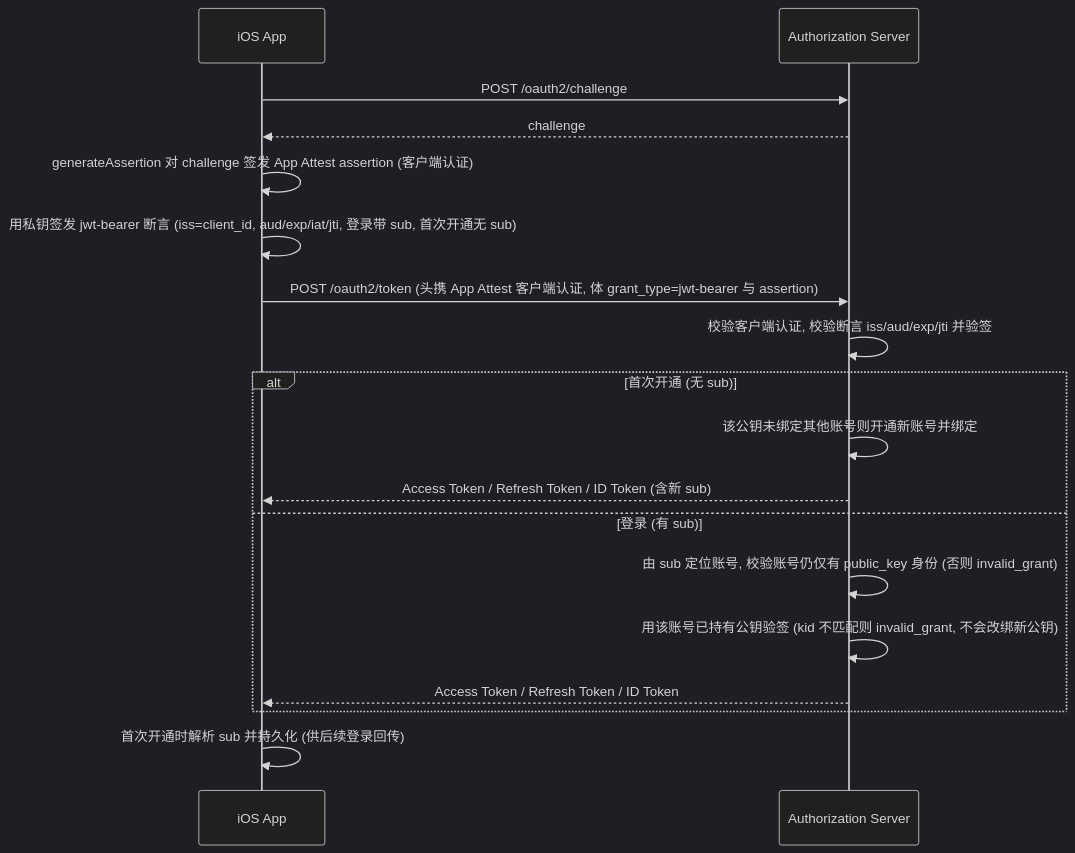
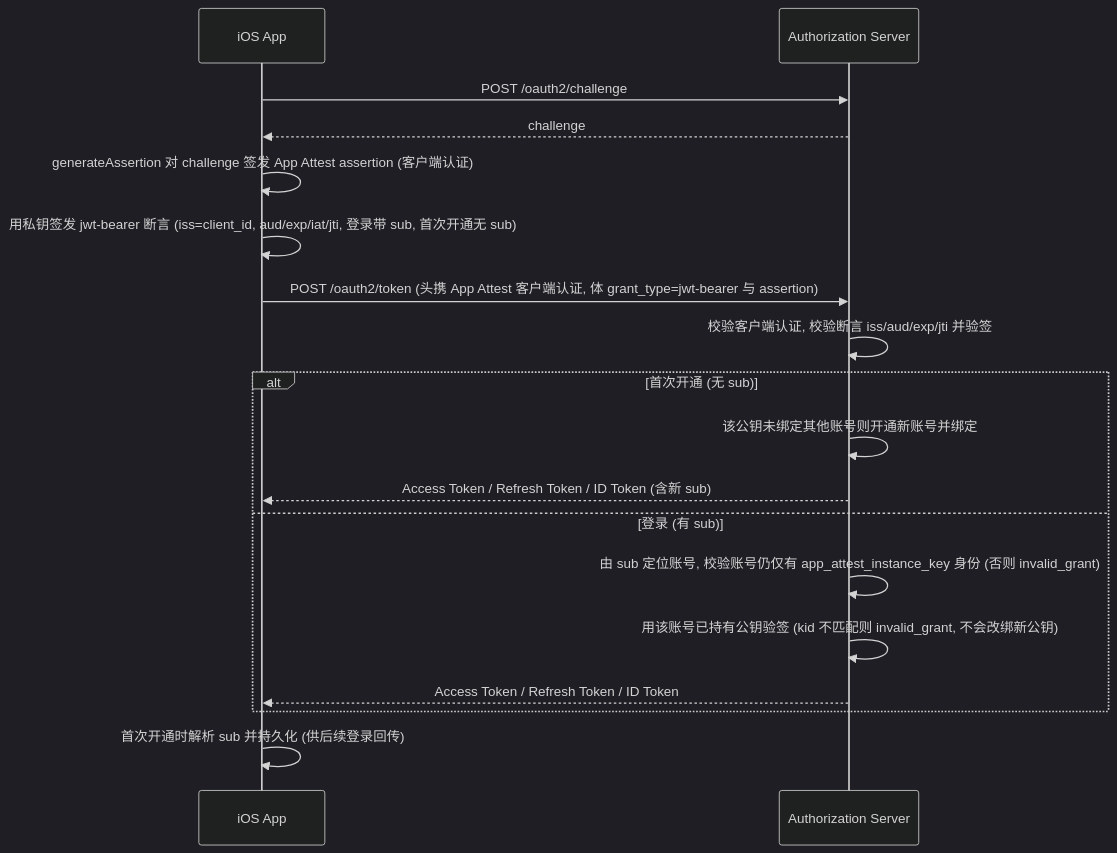
Before and after one commit to euler-projects/demo: the second of 2 diagrams in user-center/doc/apis/zh-cn/app-attest-login/v2/App-Attest-Login-#-Jwt-Bearer.md, drawn with Mermaid (dark theme). The commit also changed other lines of this file and 12 other files, not shown here.

````diff
--- a/user-center/doc/apis/zh-cn/app-attest-login/v2/App-Attest-Login-#-Jwt-Bearer.md
+++ b/user-center/doc/apis/zh-cn/app-attest-login/v2/App-Attest-Login-#-Jwt-Bearer.md
@@ -174,20 +177,20 @@
 ```mermaid
 sequenceDiagram
     participant App as iOS App
     participant Server as Authorization Server
     App ->> Server: POST /oauth2/challenge
     Server -->> App: challenge
     App ->> App: generateAssertion 对 challenge 签发 App Attest assertion (客户端认证)
     App ->> App: 用私钥签发 jwt-bearer 断言 (iss=client_id, aud/exp/iat/jti, 登录带 sub, 首次开通无 sub)
     App ->> Server: POST /oauth2/token (头携 App Attest 客户端认证, 体 grant_type=jwt-bearer 与 assertion)
     Server ->> Server: 校验客户端认证, 校验断言 iss/aud/exp/jti 并验签
     alt 首次开通 (无 sub)
         Server ->> Server: 该公钥未绑定其他账号则开通新账号并绑定
         Server -->> App: Access Token / Refresh Token / ID Token (含新 sub)
     else 登录 (有 sub)
-        Server ->> Server: 由 sub 定位账号, 校验账号仍仅有 public_key 身份 (否则 invalid_grant)
+        Server ->> Server: 由 sub 定位账号, 校验账号仍仅有 app_attest_instance_key 身份 (否则 invalid_grant)
         Server ->> Server: 用该账号已持有公钥验签 (kid 不匹配则 invalid_grant, 不会改绑新公钥)
         Server -->> App: Access Token / Refresh Token / ID Token
     end
     App ->> App: 首次开通时解析 sub 并持久化 (供后续登录回传)
 ```
````
